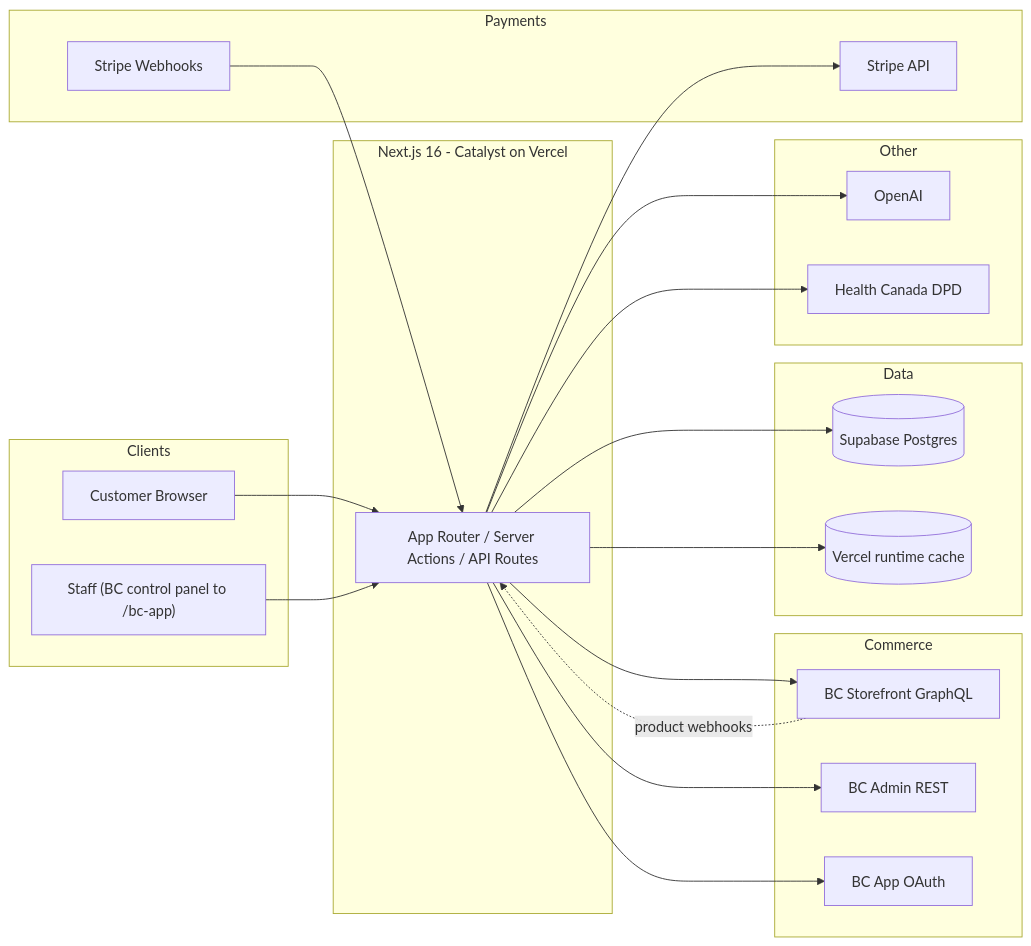
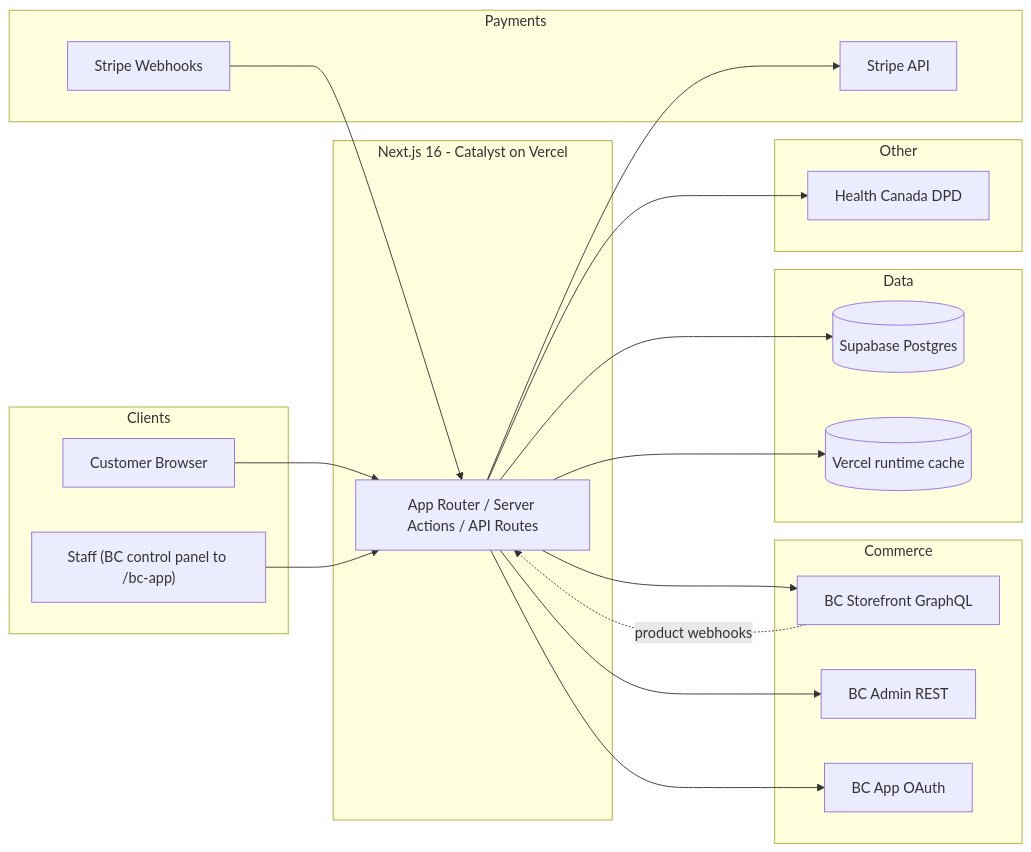
The third of 6 diagrams in docs/Liivv-Architecture.md (lolo19950603/liivv-test-catalyst-app), drawn with Mermaid before and after one commit. The commit also changed other lines of this file and 2 other files, not shown here.

Commit message:
Drop the OpenAI vendor name from the IT pack and label diagram hops with how each path is protected.

````diff
--- a/docs/Liivv-Architecture.md
+++ b/docs/Liivv-Architecture.md
@@ -302,45 +302,43 @@
 ```mermaid
 flowchart LR
   subgraph Clients
     C[Customer Browser]
     S["Staff (BC control panel to /bc-app)"]
   end
 
   subgraph Hub["Next.js 16 - Catalyst on Vercel"]
     N[App Router / Server Actions / API Routes]
   end
 
   subgraph Commerce
     BCG[BC Storefront GraphQL]
     BCA[BC Admin REST]
     BCO[BC App OAuth]
   end
 
   subgraph Data
     SB[(Supabase Postgres)]
     KV[(Vercel runtime cache)]
   end
 
   subgraph Payments
     STK[Stripe API]
     STW[Stripe Webhooks]
   end
 
   subgraph Other
-    AI[OpenAI]
     DPD[Health Canada DPD]
   end
 
   C --> N
   S --> N
   N --> BCG
   N --> BCA
   N --> BCO
   N --> SB
   N --> KV
   N --> STK
-  N --> AI
   N --> DPD
   STW --> N
   BCG -.->|product webhooks| N
 ```
````
